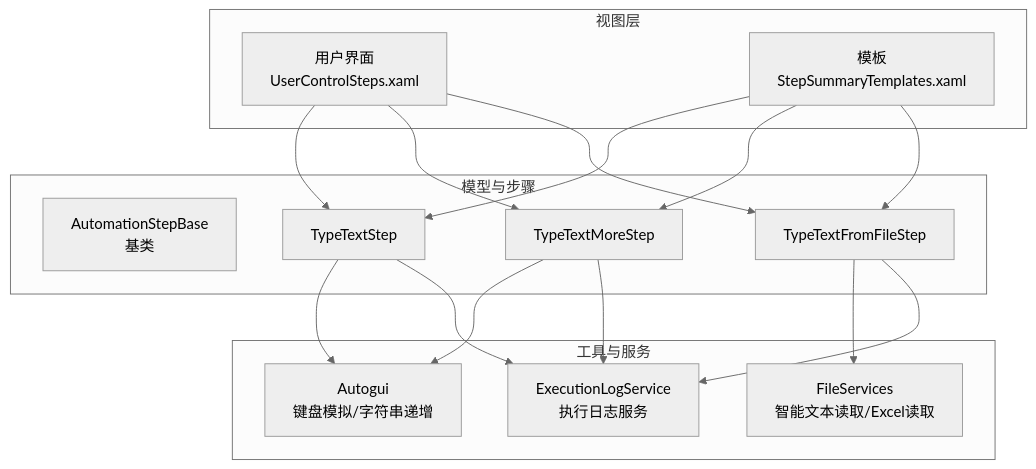
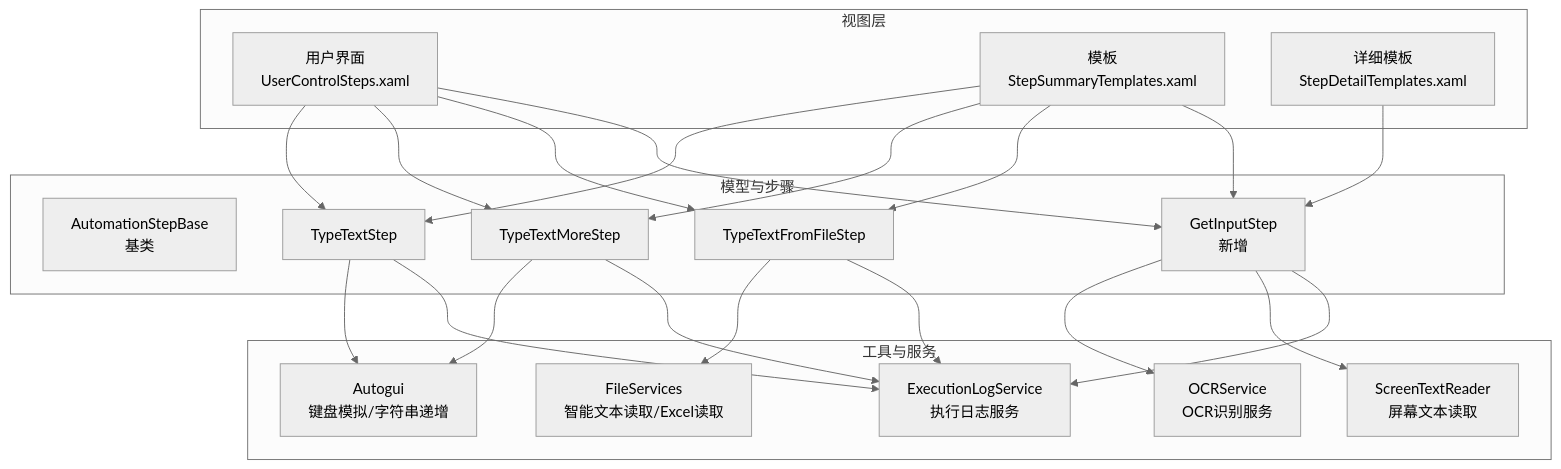
Before and after one commit to yooxii/ShaoLuAuto: the first of 5 diagrams in .qoder/repowiki/zh/content/自动化步骤系统/文本输入步骤.md, drawn with Mermaid (neutral theme). The commit also changed other lines of this file and 9 other files, not shown here.

````diff
--- a/.qoder/repowiki/zh/content/自动化步骤系统/文本输入步骤.md
+++ b/.qoder/repowiki/zh/content/自动化步骤系统/文本输入步骤.md
@@ -40,30 +47,40 @@
 ```mermaid
 graph TB
 subgraph "视图层"
 UI["用户界面<br/>UserControlSteps.xaml"]
 Tpl["模板<br/>StepSummaryTemplates.xaml"]
+DetailTpl["详细模板<br/>StepDetailTemplates.xaml"]
 end
 subgraph "模型与步骤"
 Base["AutomationStepBase<br/>基类"]
 TT["TypeTextStep"]
 TTM["TypeTextMoreStep"]
 TTF["TypeTextFromFileStep"]
+GI["GetInputStep<br/>新增"]
 end
 subgraph "工具与服务"
 AG["Autogui<br/>键盘模拟/字符串递增"]
 FS["FileServices<br/>智能文本读取/Excel读取"]
+OCR["OCRService<br/>OCR识别服务"]
+STR["ScreenTextReader<br/>屏幕文本读取"]
 ELS["ExecutionLogService<br/>执行日志服务"]
 end
 UI --> TT
 UI --> TTM
 UI --> TTF
+UI --> GI
 TT --> AG
 TTM --> AG
 TTF --> FS
+GI --> OCR
+GI --> STR
 TT --> ELS
 TTM --> ELS
 TTF --> ELS
+GI --> ELS
 Tpl --> TT
 Tpl --> TTM
 Tpl --> TTF
+Tpl --> GI
+DetailTpl --> GI
 ```
````
